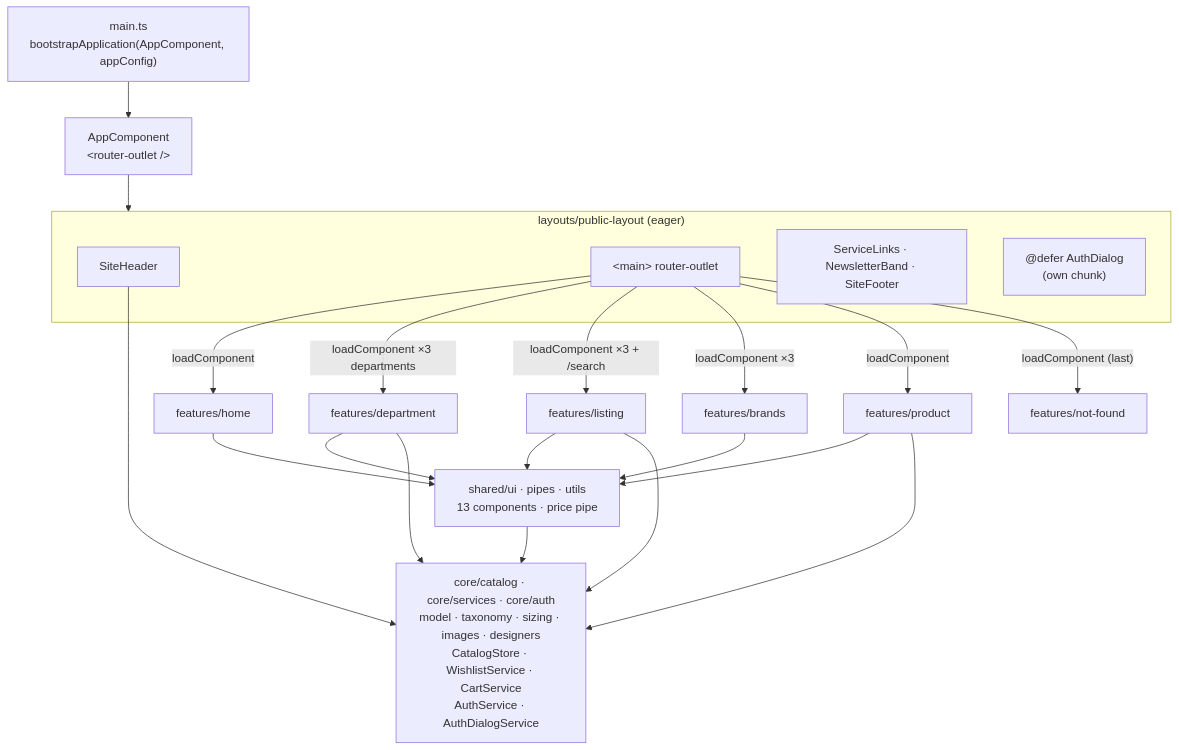
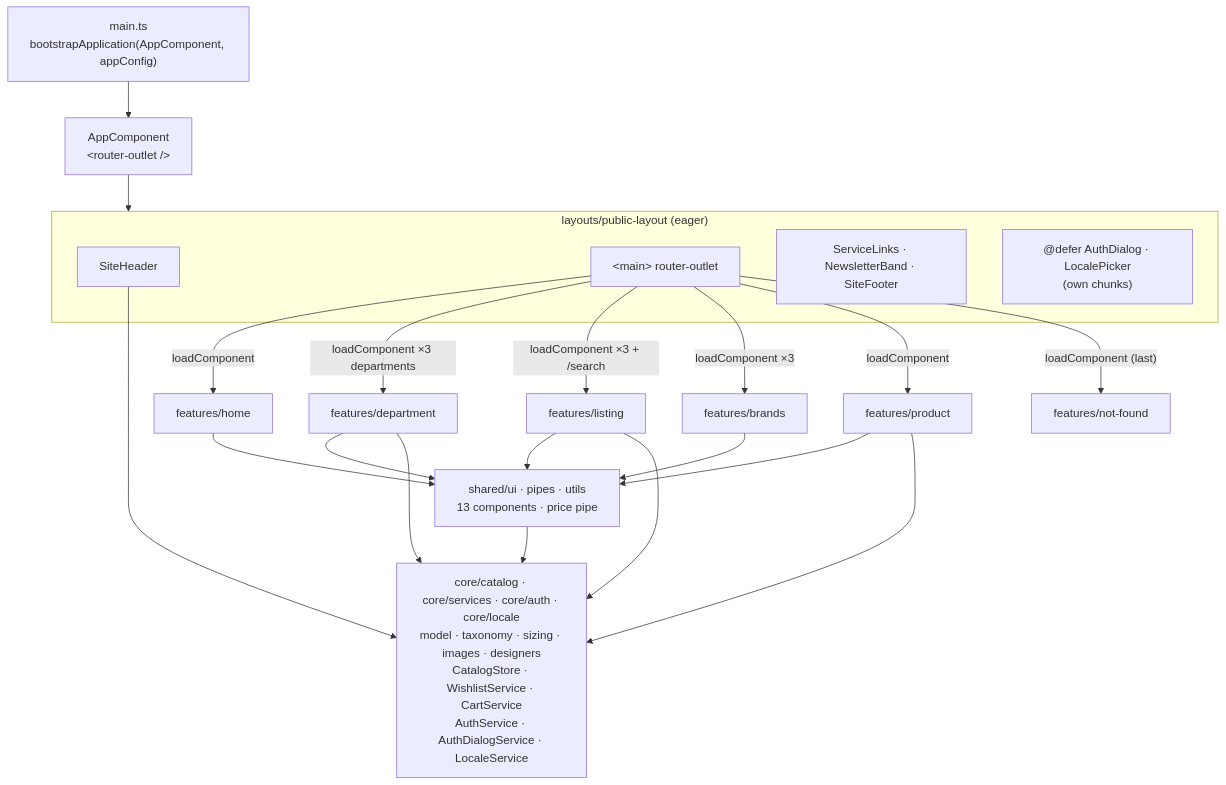
The first of 2 diagrams in README.md (CristianSifuentes/stitchFarfetchStoreOnline), drawn with Mermaid before and after one commit. The commit also changed other lines of this file and 13 other files, not shown here.

````diff
--- a/README.md
+++ b/README.md
@@ -157,33 +160,33 @@
 ```mermaid
 flowchart TD
     main["main.ts<br/>bootstrapApplication(AppComponent, appConfig)"] --> App["AppComponent<br/>&lt;router-outlet /&gt;"]
     App --> Layout
 
     subgraph Layout["layouts/public-layout (eager)"]
       Header["SiteHeader"]
       Outlet["&lt;main&gt; router-outlet"]
       Below["ServiceLinks · NewsletterBand · SiteFooter"]
-      Auth["@defer AuthDialog<br/>(own chunk)"]
+      Auth["@defer AuthDialog · LocalePicker<br/>(own chunks)"]
     end
 
     Outlet -->|loadComponent| Home["features/home"]
     Outlet -->|"loadComponent ×3 departments"| Dept["features/department"]
     Outlet -->|"loadComponent ×3 + /search"| Listing["features/listing"]
     Outlet -->|"loadComponent ×3"| Brands["features/brands"]
     Outlet -->|loadComponent| Product["features/product"]
     Outlet -->|"loadComponent (last)"| NotFound["features/not-found"]
 
     Shared["shared/ui · pipes · utils<br/>13 components · price pipe"]
-    Core["core/catalog · core/services · core/auth<br/>model · taxonomy · sizing · images · designers<br/>CatalogStore · WishlistService · CartService<br/>AuthService · AuthDialogService"]
+    Core["core/catalog · core/services · core/auth · core/locale<br/>model · taxonomy · sizing · images · designers<br/>CatalogStore · WishlistService · CartService<br/>AuthService · AuthDialogService · LocaleService"]
 
     Home --> Shared
     Dept --> Shared
     Listing --> Shared
     Brands --> Shared
     Product --> Shared
     Shared --> Core
     Dept --> Core
     Listing --> Core
     Product --> Core
     Header --> Core
 ```
````
